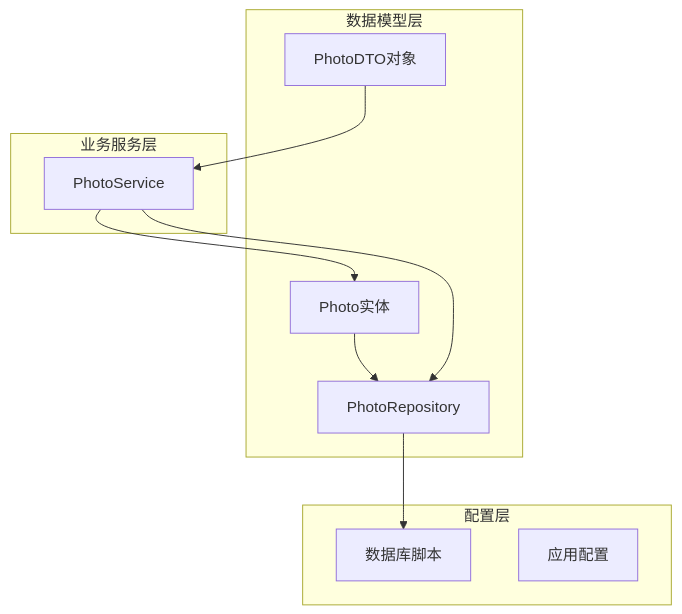
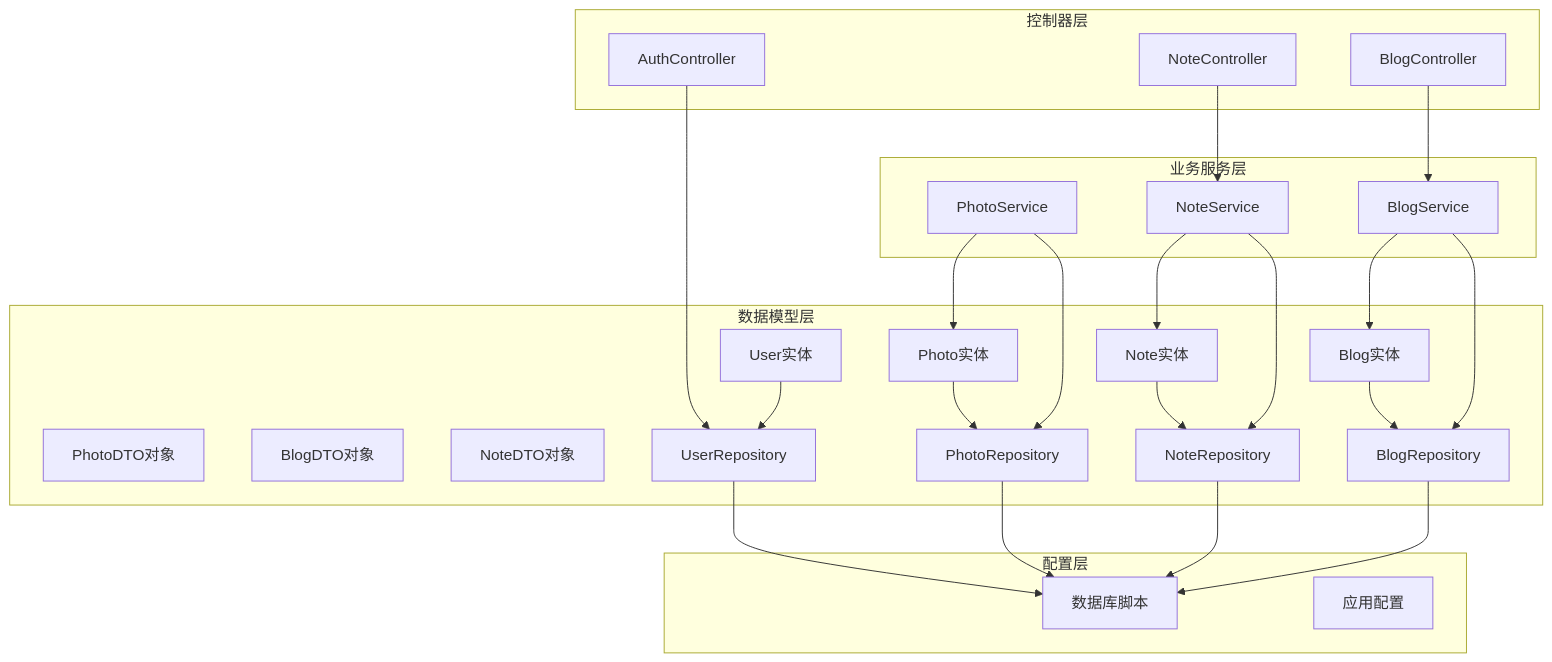
One commit to QoderZcy/zcyTest2 changed the first of 16 diagrams in .qoder/repowiki/zh/content/数据模型.md. Above: the diagram before and after it, drawn with Mermaid. The commit also changed other lines of this file and 9 other files, not shown here.

````diff
--- a/.qoder/repowiki/zh/content/数据模型.md
+++ b/.qoder/repowiki/zh/content/数据模型.md
@@ -31,20 +47,47 @@
 ```mermaid
 graph TB
 subgraph "数据模型层"
 Photo[Photo实体]
+User[User实体]
+Note[Note实体]
+Blog[Blog实体]
 PhotoDTO[PhotoDTO对象]
+BlogDTO[BlogDTO对象]
+NoteDTO[NoteDTO对象]
 PhotoRepo[PhotoRepository]
+UserRepo[UserRepository]
+NoteRepo[NoteRepository]
+BlogRepo[BlogRepository]
 end
 subgraph "业务服务层"
 PhotoService[PhotoService]
+BlogService[BlogService]
+NoteService[NoteService]
+end
+subgraph "控制器层"
+AuthController[AuthController]
+NoteController[NoteController]
+BlogController[BlogController]
 end
 subgraph "配置层"
 Schema[数据库脚本]
 Config[应用配置]
 end
 Photo --> PhotoRepo
+User --> UserRepo
+Note --> NoteRepo
+Blog --> BlogRepo
 PhotoService --> Photo
+BlogService --> Blog
+NoteService --> Note
 PhotoService --> PhotoRepo
-PhotoDTO --> PhotoService
+BlogService --> BlogRepo
+NoteService --> NoteRepo
+AuthController --> UserRepo
+NoteController --> NoteService
+BlogController --> BlogService
 PhotoRepo --> Schema
+UserRepo --> Schema
+NoteRepo --> Schema
+BlogRepo --> Schema
 ```
````
